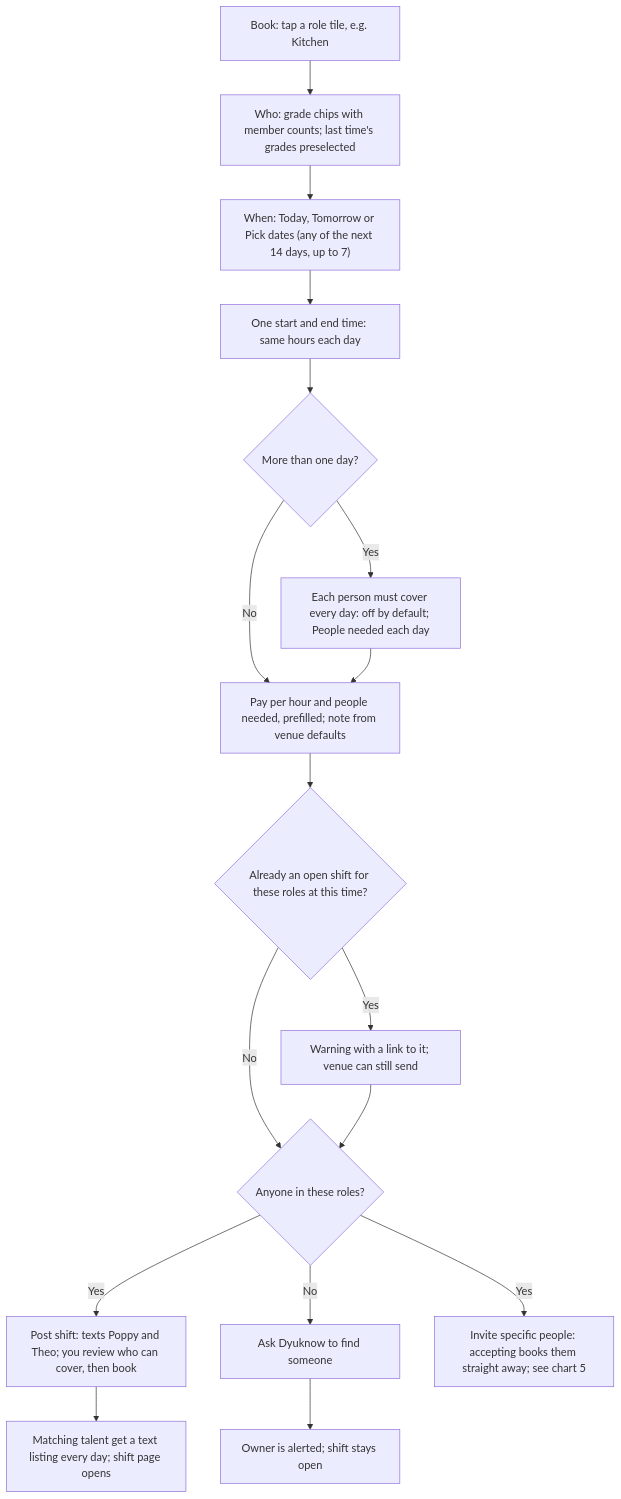
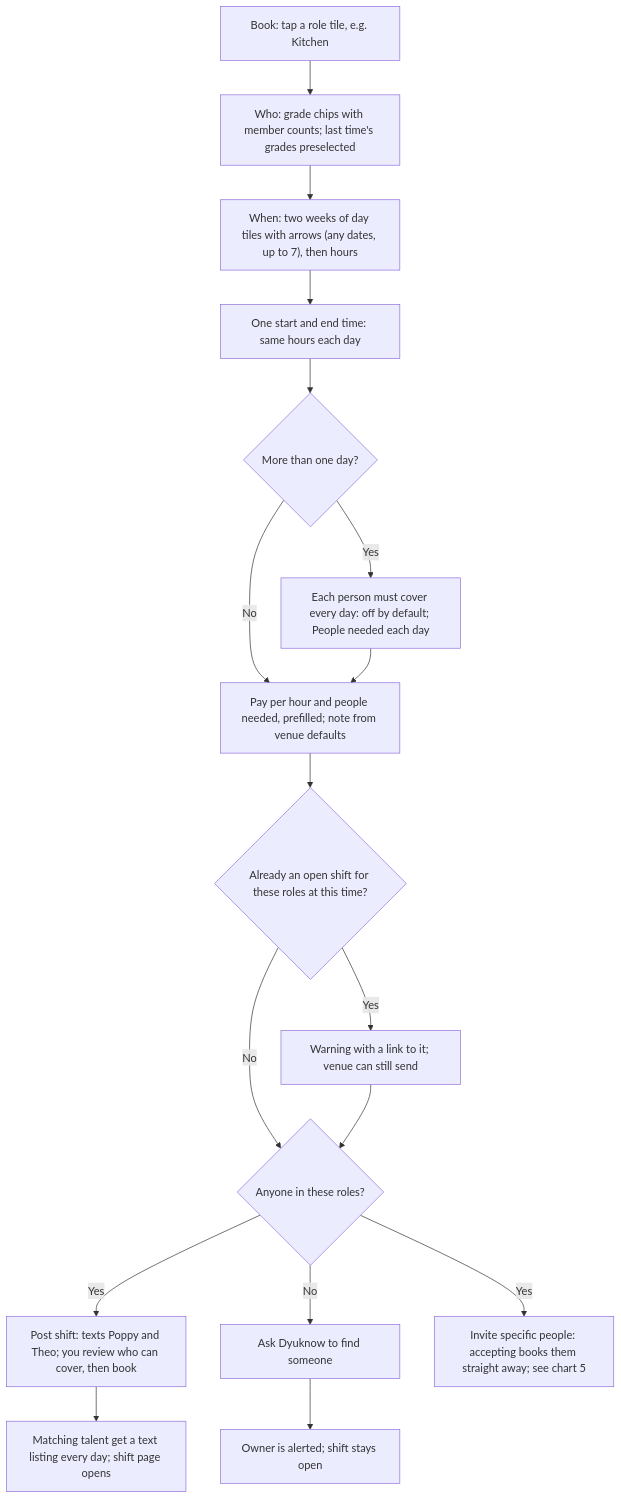
One commit to Envo-Entity/dyuknow changed the second of 10 diagrams in docs/MVP-preview-flowcharts.md. Above: the diagram before and after it, drawn with Mermaid. The commit also changed other lines of this file and 13 other files, not shown here.

````diff
--- a/docs/MVP-preview-flowcharts.md
+++ b/docs/MVP-preview-flowcharts.md
@@ -73,19 +73,19 @@
 ```mermaid
 flowchart TD
     A["Book: tap a role tile, e.g. Kitchen"] --> B["Who: grade chips with member counts; last time's grades preselected"]
-    B --> C["When: Today, Tomorrow or Pick dates (any of the next 14 days, up to 7)"]
+    B --> C["When: two weeks of day tiles with arrows (any dates, up to 7), then hours"]
     C --> D["One start and end time: same hours each day"]
     D --> T{"More than one day?"}
     T -->|"Yes"| TOG["Each person must cover every day: off by default; People needed each day"]
     T -->|"No"| E
     TOG --> E["Pay per hour and people needed, prefilled; note from venue defaults"]
     E --> F{"Already an open shift for these roles at this time?"}
     F -->|"Yes"| WARN["Warning with a link to it; venue can still send"]
     F -->|"No"| G{"Anyone in these roles?"}
     WARN --> G
     G -->|"Yes"| H["Post shift: texts Poppy and Theo; you review who can cover, then book"]
     G -->|"No"| I["Ask Dyuknow to find someone"]
     H --> J["Matching talent get a text listing every day; shift page opens"]
     I --> K["Owner is alerted; shift stays open"]
     G -->|"Yes"| L["Invite specific people: accepting books them straight away; see chart 5"]
 ```
````
